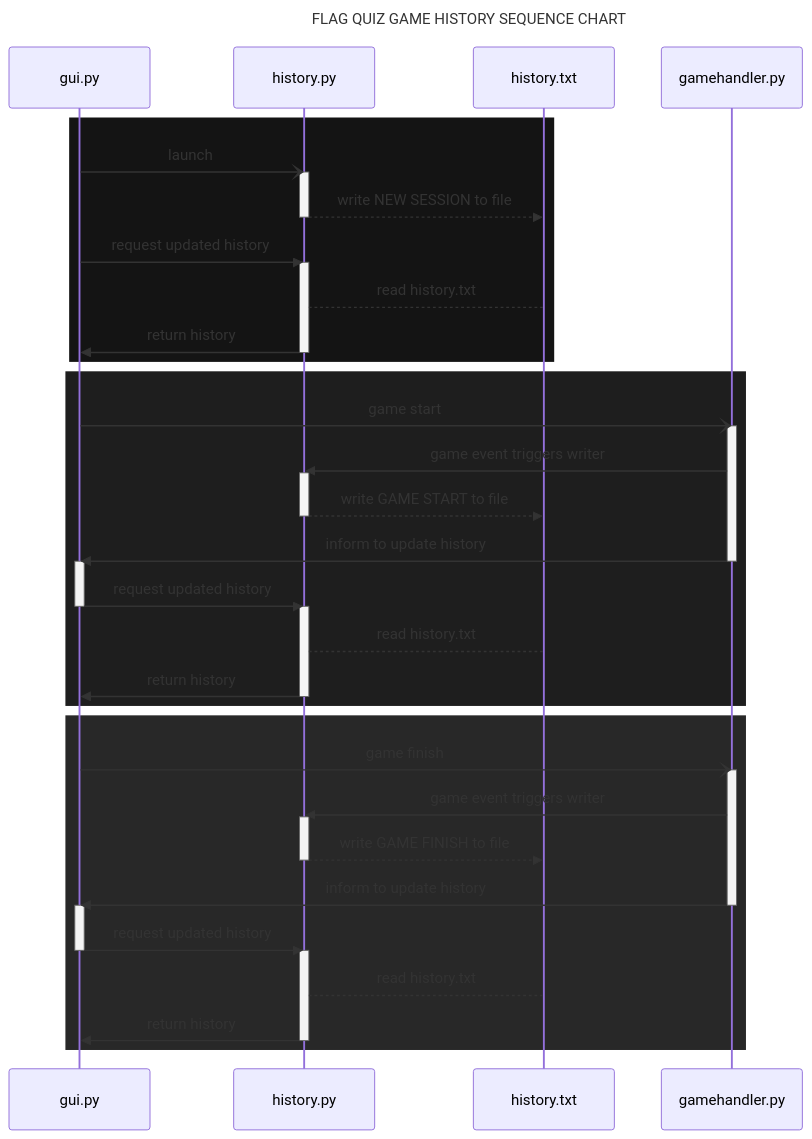
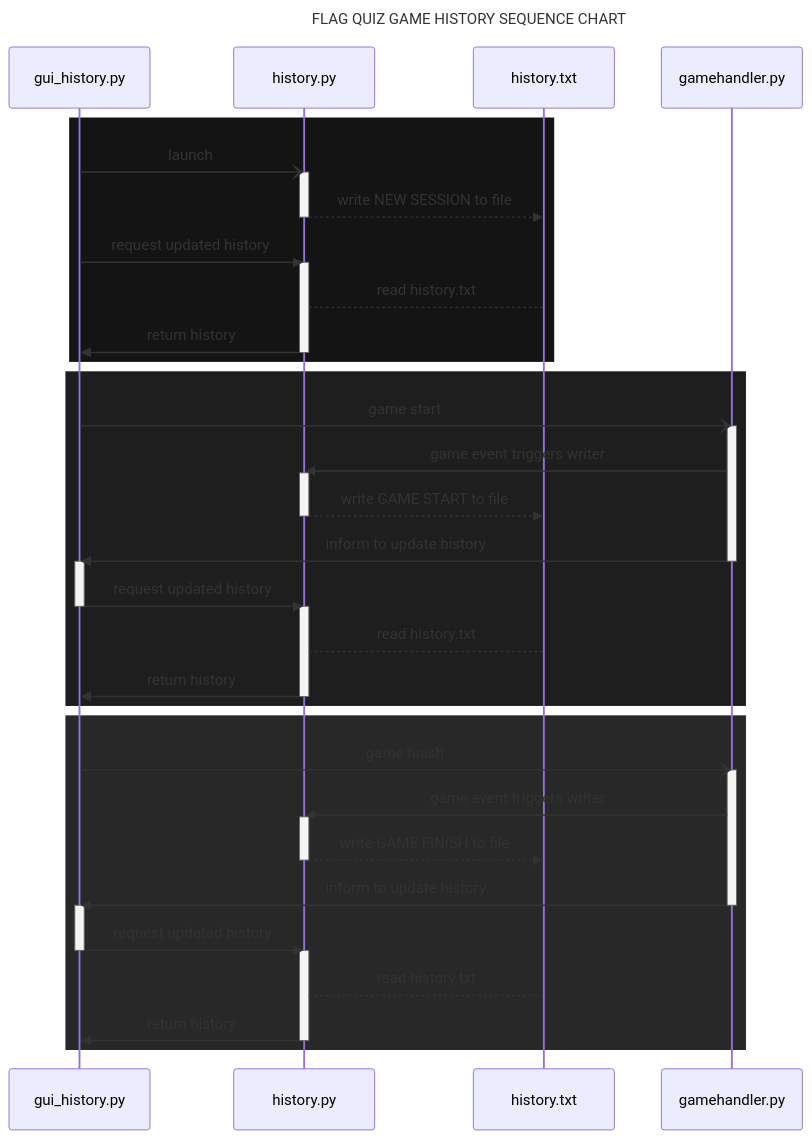
One commit to joonarafael/ohte changed the diagram in documentation/architecture.md. Above: the diagram before and after it, drawn with Mermaid. The commit also changed other lines of this file, not shown here.

Commit message:
mermaid fixed

````diff
--- a/documentation/architecture.md
+++ b/documentation/architecture.md
@@ -53,60 +53,60 @@
 ```mermaid
 ---
 title: FLAG QUIZ GAME HISTORY SEQUENCE CHART
 ---
 sequenceDiagram
     rect rgb(20, 20, 20)
-    gui.py-)history.py: launch
+    gui_history.py-)history.py: launch
 
     activate history.py
     history.py-->>history.txt: write NEW SESSION to file
     deactivate history.py
 
-    gui.py->>history.py: request updated history
+    gui_history.py->>history.py: request updated history
     activate history.py
     history.py-->history.txt: read history.txt
-    history.py->>gui.py: return history
+    history.py->>gui_history.py: return history
     deactivate history.py
     end
 
     rect rgb(30, 30, 30)
-    gui.py-)gamehandler.py: game start
+    gui_history.py-)gamehandler.py: game start
     activate gamehandler.py
     gamehandler.py->>history.py: game event triggers writer
     activate history.py
     history.py-->>history.txt: write GAME START to file
     deactivate history.py
-    gamehandler.py->>gui.py: inform to update history
+    gamehandler.py->>gui_history.py: inform to update history
     deactivate gamehandler.py
 
-    activate gui.py
-    gui.py->>history.py: request updated history
-    deactivate gui.py
+    activate gui_history.py
+    gui_history.py->>history.py: request updated history
+    deactivate gui_history.py
 
     activate history.py
     history.py-->history.txt: read history.txt
-    history.py->>gui.py: return history
+    history.py->>gui_history.py: return history
     deactivate history.py
     end
 
     rect rgb(40, 40, 40)
-    gui.py-)gamehandler.py: game finish
+    gui_history.py-)gamehandler.py: game finish
     activate gamehandler.py
     gamehandler.py->>history.py: game event triggers writer
     activate history.py
     history.py-->>history.txt: write GAME FINISH to file
     deactivate history.py
-    gamehandler.py->>gui.py: inform to update history
+    gamehandler.py->>gui_history.py: inform to update history
     deactivate gamehandler.py
 
-    activate gui.py
-    gui.py->>history.py: request updated history
-    deactivate gui.py
+    activate gui_history.py
+    gui_history.py->>history.py: request updated history
+    deactivate gui_history.py
 
     activate history.py
     history.py-->history.txt: read history.txt
-    history.py->>gui.py: return history
+    history.py->>gui_history.py: return history
     deactivate history.py
     end
 
 ```
````
